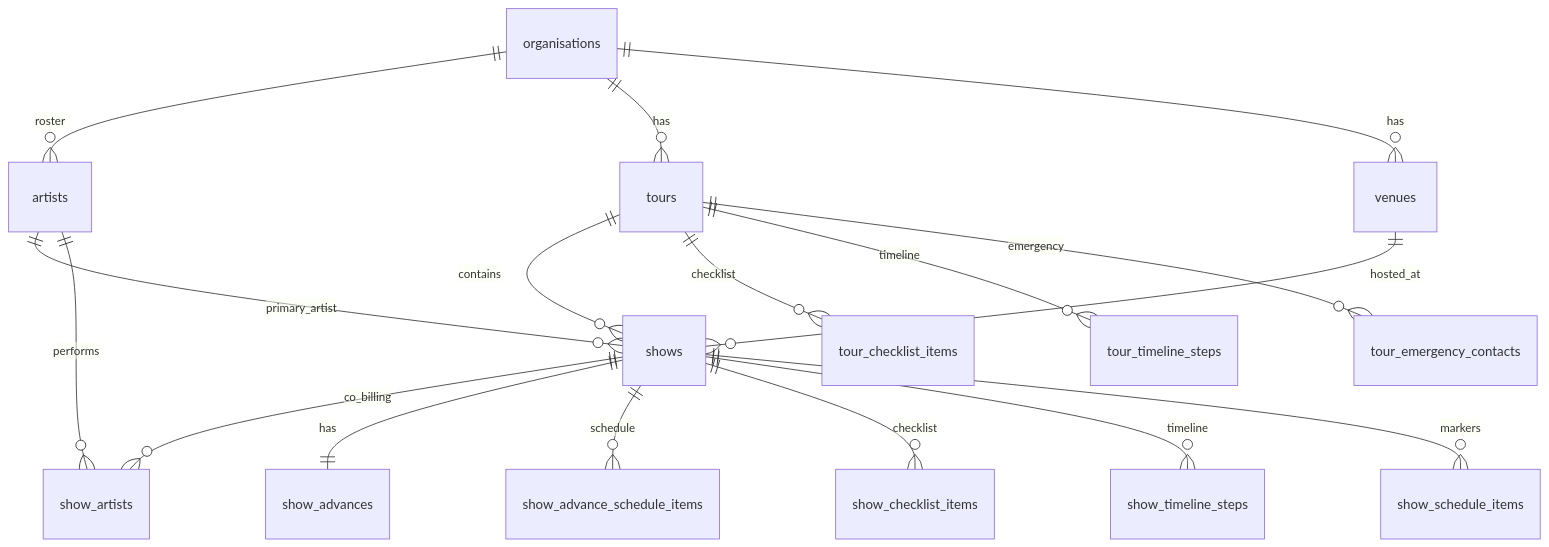
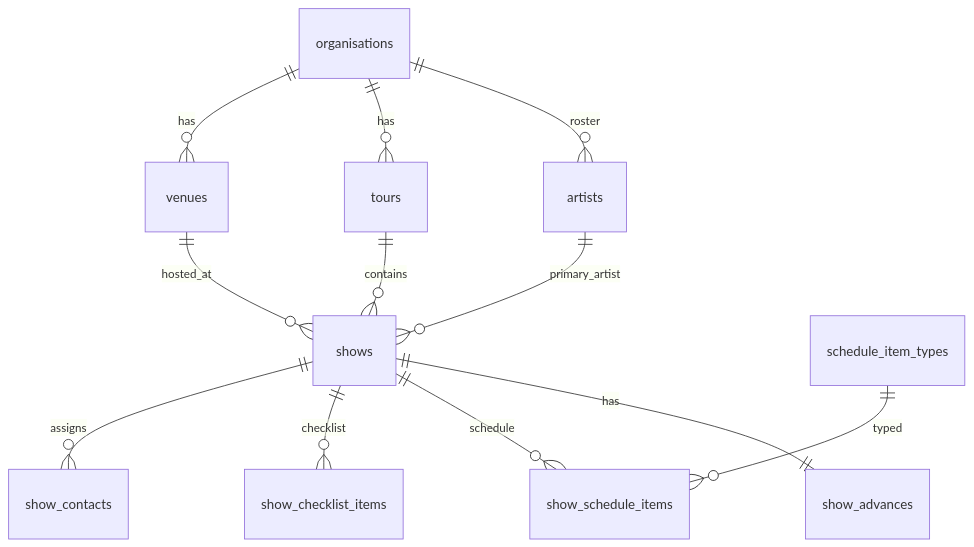
The second of 9 diagrams in docs/database/schema-erd.md (finners68/operateapp), drawn with Mermaid before and after one commit. The commit also changed other lines of this file and 2 other files, not shown here.

First line of the commit message:
Revise database schema to revision 2 per design review.

````diff
--- a/docs/database/schema-erd.md
+++ b/docs/database/schema-erd.md
@@ -25,19 +26,14 @@
 ```mermaid
 erDiagram
-  organisations ||--o{ artists : "roster"
-  organisations ||--o{ tours : "has"
-  organisations ||--o{ venues : "has"
-  tours ||--o{ shows : "contains"
-  artists ||--o{ shows : "primary_artist"
-  venues ||--o{ shows : "hosted_at"
-  shows ||--o{ show_artists : "co_billing"
-  artists ||--o{ show_artists : "performs"
-  shows ||--|| show_advances : "has"
-  shows ||--o{ show_advance_schedule_items : "schedule"
-  shows ||--o{ show_checklist_items : "checklist"
-  shows ||--o{ show_timeline_steps : "timeline"
-  shows ||--o{ show_schedule_items : "markers"
-  tours ||--o{ tour_checklist_items : "checklist"
-  tours ||--o{ tour_timeline_steps : "timeline"
-  tours ||--o{ tour_emergency_contacts : "emergency"
+  organisations ||--o{ artists : roster
+  organisations ||--o{ tours : has
+  organisations ||--o{ venues : has
+  tours ||--o{ shows : contains
+  artists ||--o{ shows : primary_artist
+  venues ||--o{ shows : hosted_at
+  shows ||--|| show_advances : has
+  shows ||--o{ show_schedule_items : schedule
+  shows ||--o{ show_checklist_items : checklist
+  shows ||--o{ show_contacts : assigns
+  schedule_item_types ||--o{ show_schedule_items : typed
 ```
````
